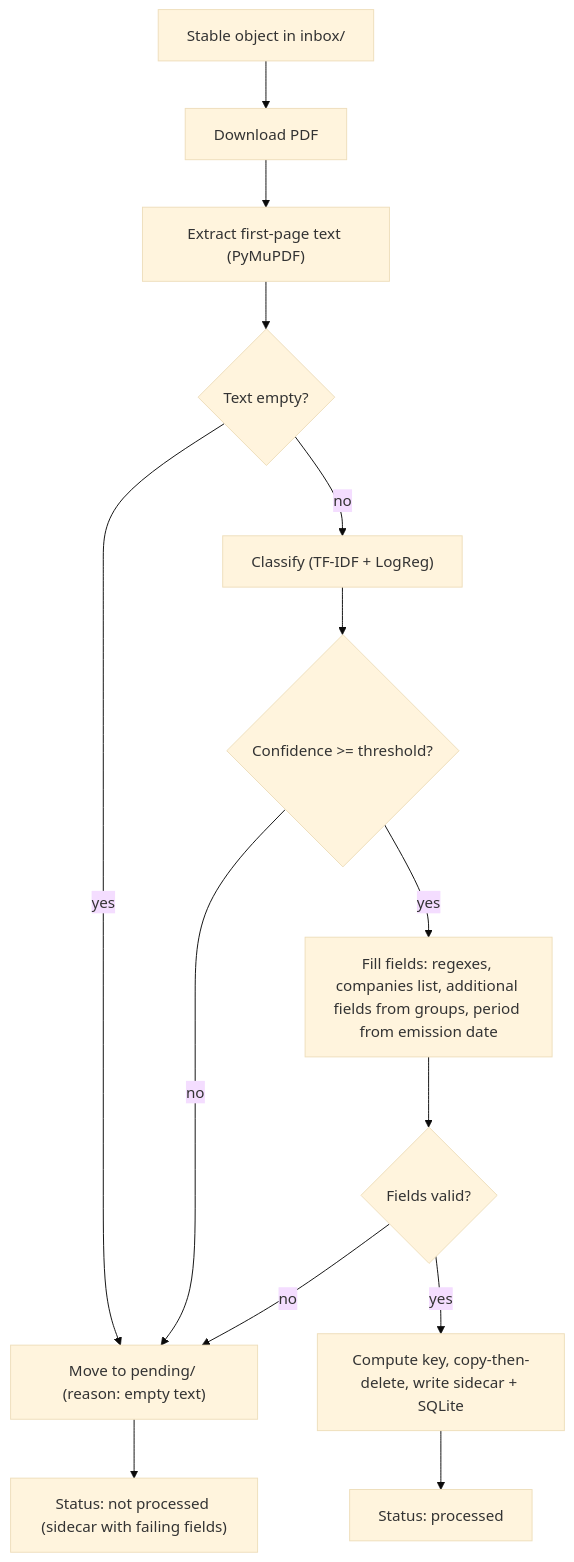
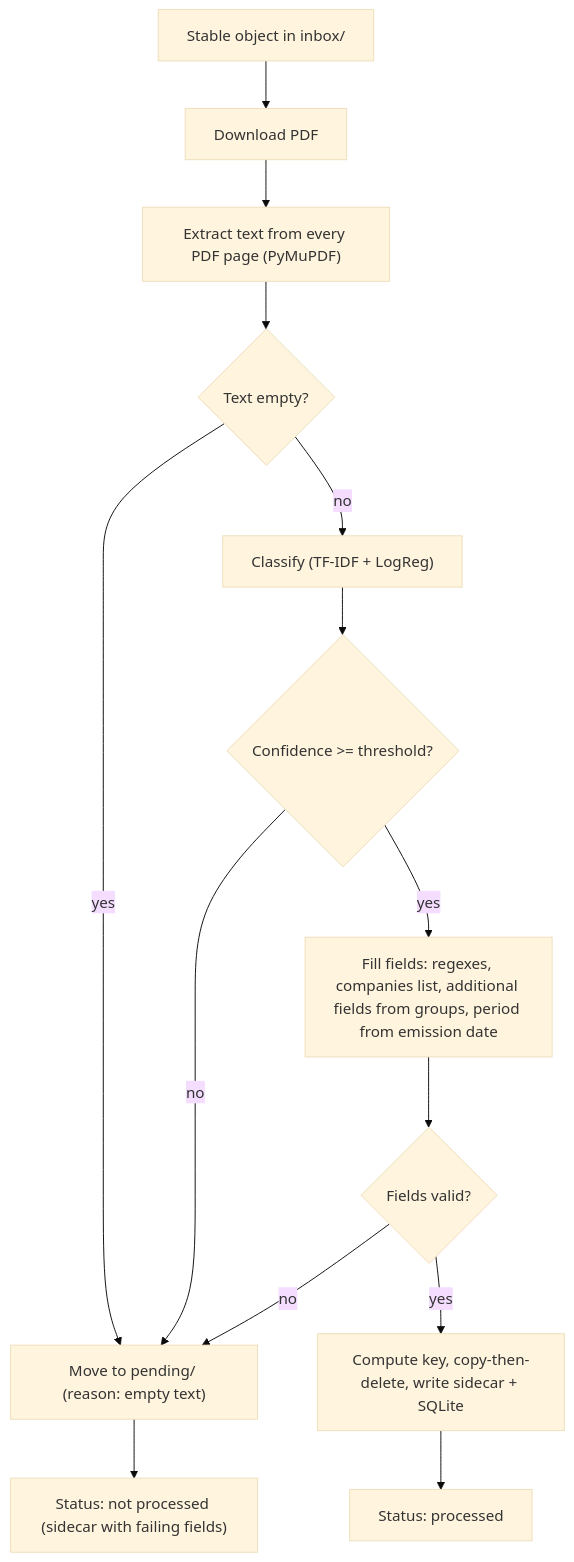
Before and after one commit to napnap75/multiarch-docker-images: the second of 3 diagrams in automatic-pdf-renamer/arch.md, drawn with Mermaid (base theme). The commit also changed other lines of this file, not shown here.

Commit message:
docs(automatic-pdf-renamer): document full-text extraction and search

````diff
--- a/automatic-pdf-renamer/arch.md
+++ b/automatic-pdf-renamer/arch.md
@@ -100,16 +100,16 @@
 ```mermaid
 flowchart TD
   in["Stable object in inbox/"] --> dl["Download PDF"]
-  dl --> tx["Extract first-page text (PyMuPDF)"]
+  dl --> tx["Extract text from every PDF page (PyMuPDF)"]
   tx --> empty{"Text empty?"}
   empty -- yes --> pending["Move to pending/ (reason: empty text)"]
   empty -- no --> cls["Classify (TF-IDF + LogReg)"]
   cls --> conf{"Confidence >= threshold?"}
   conf -- no --> pending
   conf -- yes --> fill["Fill fields: regexes, companies list, additional fields from groups, period from emission date"]
   fill --> valid{"Fields valid?"}
   valid -- no --> pending
   valid -- yes --> rename["Compute key, copy-then-delete, write sidecar + SQLite"]
   rename --> done["Status: processed"]
   pending --> wait["Status: not processed (sidecar with failing fields)"]
 ```
````
